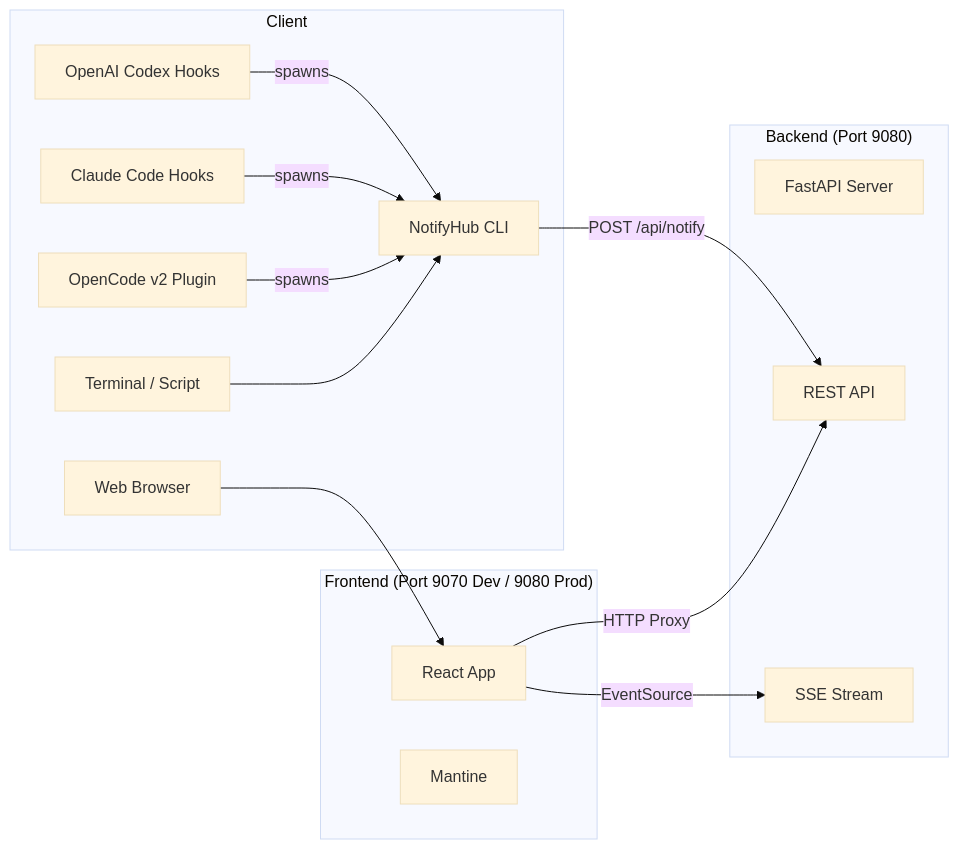
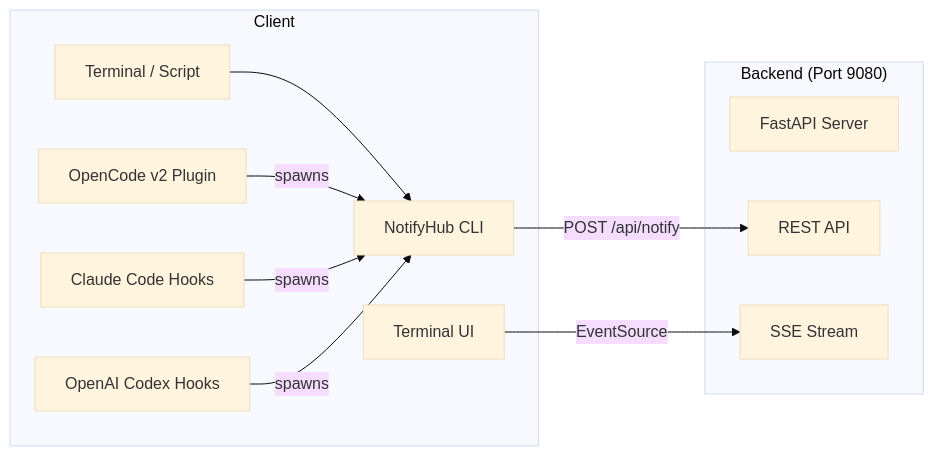
Before and after one commit to lamnguyenx/NotifyHub: the diagram in README.md, drawn with Mermaid (base theme). The commit also changed other lines of this file and 66 other files, not shown here.

First line of the commit message:
Drop web UI, switch to API + TUI architecture

````diff
--- a/README.md
+++ b/README.md
@@ -36,31 +28,24 @@
 ```mermaid
 graph LR
     subgraph Client
-        Browser[Web Browser]
+        TUI[Terminal UI]
         Terminal[Terminal / Script]
         OpenCode[OpenCode v2 Plugin]
         Claude[Claude Code Hooks]
         Codex[OpenAI Codex Hooks]
         CLI[NotifyHub CLI]
-    end
-
-    subgraph "Frontend (Port 9070 Dev / 9080 Prod)"
-        React[React App]
-        Mantine[Mantine]
     end
 
     subgraph "Backend (Port 9080)"
         FastAPI[FastAPI Server]
         API[REST API]
         SSE[SSE Stream]
     end
 
-    Browser --> React
-    React -- HTTP Proxy --> API
-    React -- EventSource --> SSE
+    TUI -- EventSource --> SSE
     Terminal --> CLI
     OpenCode -- spawns --> CLI
     Claude -- spawns --> CLI
     Codex -- spawns --> CLI
     CLI -- POST /api/notify --> API
 ```
````
